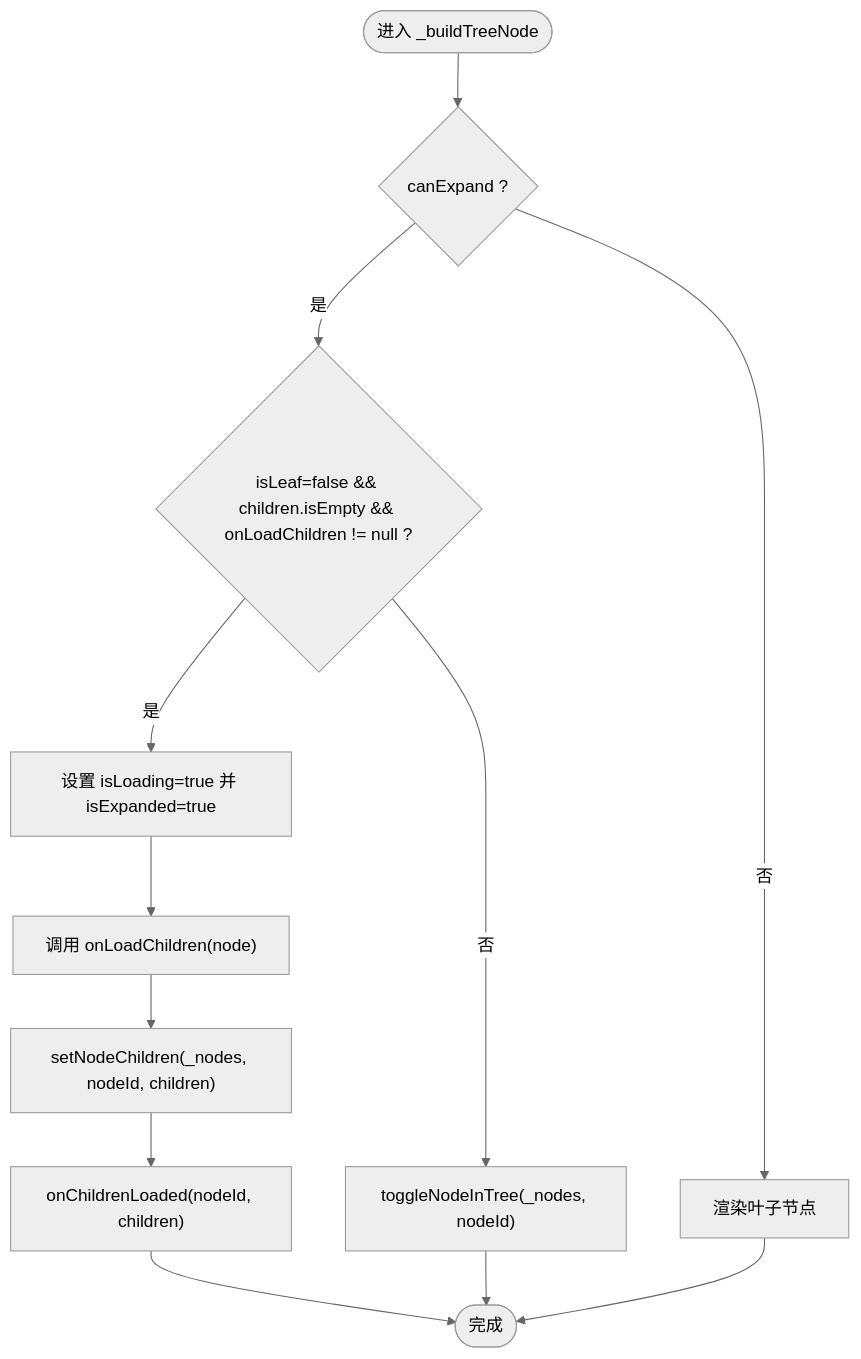
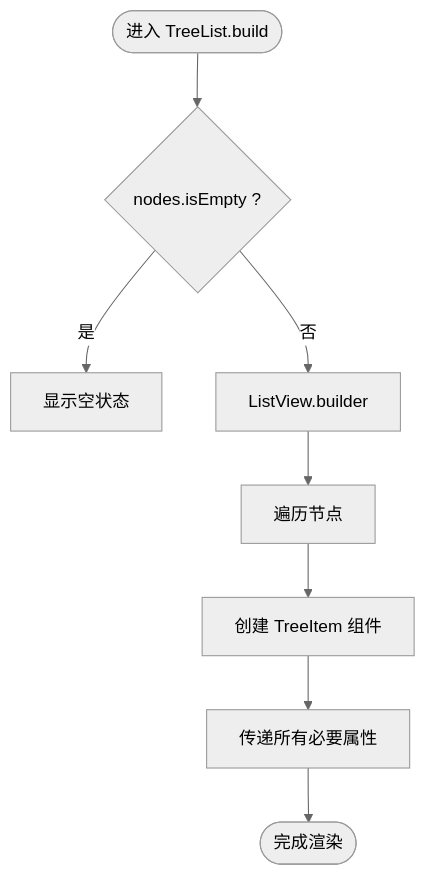
Before and after one commit to yuzhido/lite-ui: the fourth of 5 diagrams in .qoder/repowiki/zh/content/高级组件/树形选择器.md, drawn with Mermaid (neutral theme). The commit also changed other lines of this file and 35 other files, not shown here.

````diff
--- a/.qoder/repowiki/zh/content/高级组件/树形选择器.md
+++ b/.qoder/repowiki/zh/content/高级组件/树形选择器.md
@@ -281,14 +323,10 @@
 ```mermaid
 flowchart TD
-Start(["进入 _buildTreeNode"]) --> CheckCanExpand{"canExpand ?"}
-CheckCanExpand --> |否| RenderLeaf["渲染叶子节点"]
-CheckCanExpand --> |是| CheckLazy{"isLeaf=false && children.isEmpty && onLoadChildren != null ?"}
-CheckLazy --> |是| TriggerLoad["设置 isLoading=true 并 isExpanded=true"]
-TriggerLoad --> CallLoad["调用 onLoadChildren(node)"]
-CallLoad --> SetChildren["setNodeChildren(_nodes, nodeId, children)"]
-SetChildren --> Notify["onChildrenLoaded(nodeId, children)"]
-Notify --> Done(["完成"])
-CheckLazy --> |否| ToggleExpand["toggleNodeInTree(_nodes, nodeId)"]
-ToggleExpand --> Done
-RenderLeaf --> Done
+Start(["进入 TreeList.build"]) --> CheckEmpty{"nodes.isEmpty ?"}
+CheckEmpty --> |是| ShowEmpty["显示空状态"]
+CheckEmpty --> |否| BuildList["ListView.builder"]
+BuildList --> ForEach["遍历节点"]
+ForEach --> CreateItem["创建 TreeItem 组件"]
+CreateItem --> PassProps["传递所有必要属性"]
+PassProps --> Done(["完成渲染"])
 ```
````
